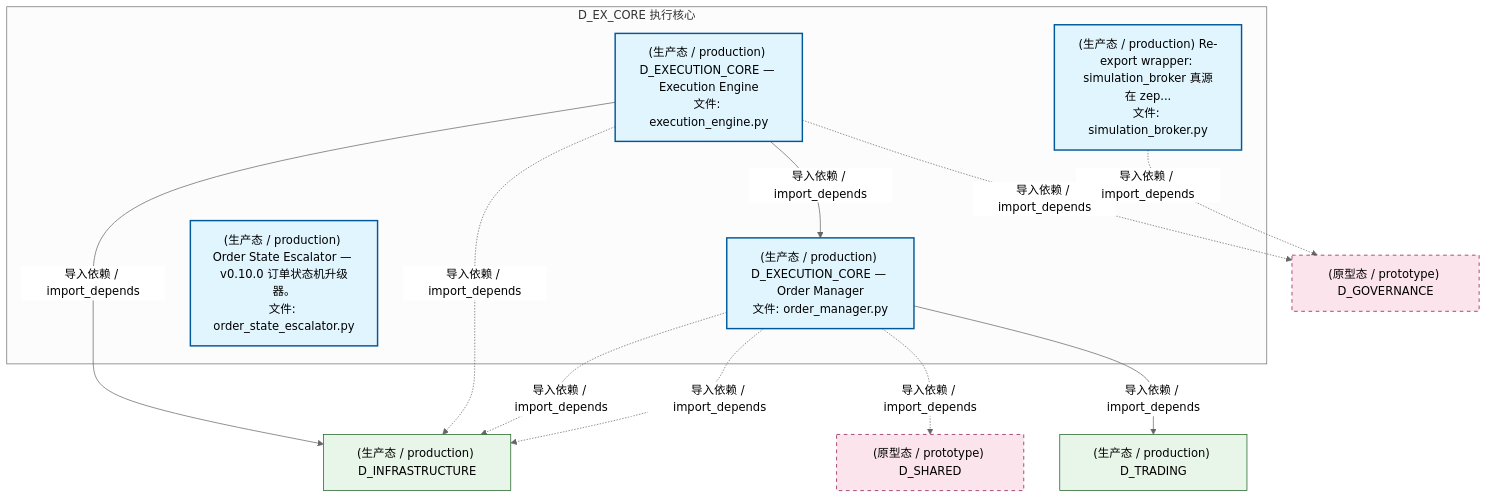
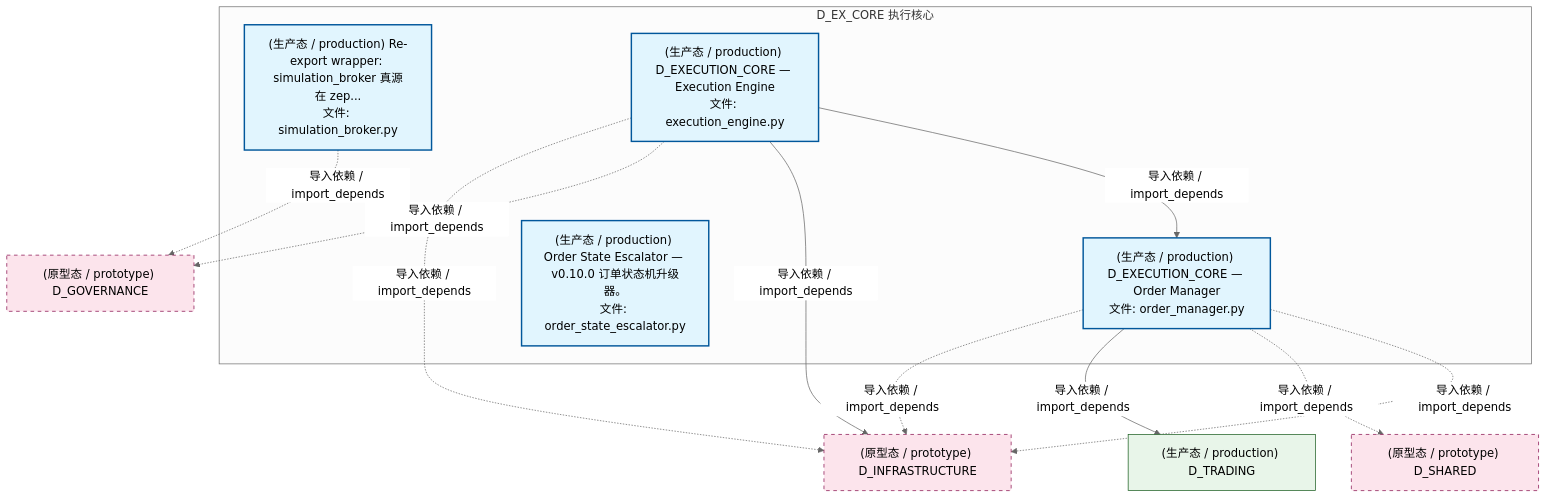
One commit to xuanFelixVan/ZephyrAlpha changed the second of 5 diagrams in docs/02_enterprise_architecture/02_domain_architecture_docs/34_d_ex_core.md. Above: the diagram before and after it, drawn with Mermaid (neutral theme). The commit also changed other lines of this file and 102 other files, not shown here.

````diff
--- a/docs/02_enterprise_architecture/02_domain_architecture_docs/34_d_ex_core.md
+++ b/docs/02_enterprise_architecture/02_domain_architecture_docs/34_d_ex_core.md
@@ -126,29 +126,29 @@
 ```mermaid
 graph TD
     subgraph D_EX_CORE["D_EX_CORE 执行核心"]
         src_zephyr_ex_core_adapters_simulation_broker_py["(生产态 / production) Re-export wrapper: simulation_broker 真源在 zep...<br/>文件: simulation_broker.py"]
         src_zephyr_ex_core_execution_engine_py["(生产态 / production) D_EXECUTION_CORE — Execution Engine<br/>文件: execution_engine.py"]
         src_zephyr_ex_core_order_manager_py["(生产态 / production) D_EXECUTION_CORE — Order Manager<br/>文件: order_manager.py"]
         src_zephyr_governance_escalation_order_state_escalator_py["(生产态 / production) Order State Escalator — v0.10.0 订单状态机升级器。<br/>文件: order_state_escalator.py"]
     end
     src_zephyr_ex_core_execution_engine_py -->|导入依赖 / import_depends| src_zephyr_ex_core_order_manager_py
-    D_INFRASTRUCTURE["(生产态 / production) D_INFRASTRUCTURE"]
-    src_zephyr_ex_core_execution_engine_py -->|导入依赖 / import_depends| D_INFRASTRUCTURE
     D_GOVERNANCE["(原型态 / prototype) D_GOVERNANCE"]
-    src_zephyr_ex_core_execution_engine_py -.->|导入依赖 / import_depends| D_GOVERNANCE
-    src_zephyr_ex_core_execution_engine_py -.->|导入依赖 / import_depends| D_INFRASTRUCTURE
-    src_zephyr_ex_core_order_manager_py -.->|导入依赖 / import_depends| D_INFRASTRUCTURE
+    src_zephyr_ex_core_adapters_simulation_broker_py -.->|导入依赖 / import_depends| D_GOVERNANCE
+    D_INFRASTRUCTURE["(原型态 / prototype) D_INFRASTRUCTURE"]
     src_zephyr_ex_core_order_manager_py -.->|导入依赖 / import_depends| D_INFRASTRUCTURE
     D_SHARED["(原型态 / prototype) D_SHARED"]
     src_zephyr_ex_core_order_manager_py -.->|导入依赖 / import_depends| D_SHARED
     D_TRADING["(生产态 / production) D_TRADING"]
     src_zephyr_ex_core_order_manager_py -->|导入依赖 / import_depends| D_TRADING
-    src_zephyr_ex_core_adapters_simulation_broker_py -.->|导入依赖 / import_depends| D_GOVERNANCE
+    src_zephyr_ex_core_order_manager_py -.->|导入依赖 / import_depends| D_INFRASTRUCTURE
+    src_zephyr_ex_core_execution_engine_py -->|导入依赖 / import_depends| D_INFRASTRUCTURE
+    src_zephyr_ex_core_execution_engine_py -.->|导入依赖 / import_depends| D_GOVERNANCE
+    src_zephyr_ex_core_execution_engine_py -.->|导入依赖 / import_depends| D_INFRASTRUCTURE
     classDef production fill:#e1f5fe,stroke:#01579b,stroke-width:2px,color:#000
     classDef design fill:#fff3e0,stroke:#e65100,stroke-width:2px,color:#000,stroke-dasharray: 5 5
     classDef external_prod fill:#e8f5e9,stroke:#1b5e20,stroke-width:1px,color:#000
     classDef external_design fill:#fce4ec,stroke:#880e4f,stroke-width:1px,color:#000,stroke-dasharray: 5 5
     class src_zephyr_ex_core_adapters_simulation_broker_py,src_zephyr_ex_core_execution_engine_py,src_zephyr_ex_core_order_manager_py,src_zephyr_governance_escalation_order_state_escalator_py production
-    class D_INFRASTRUCTURE,D_TRADING external_prod
-    class D_GOVERNANCE,D_SHARED external_design
+    class D_TRADING external_prod
+    class D_GOVERNANCE,D_INFRASTRUCTURE,D_SHARED external_design
 ```
````
